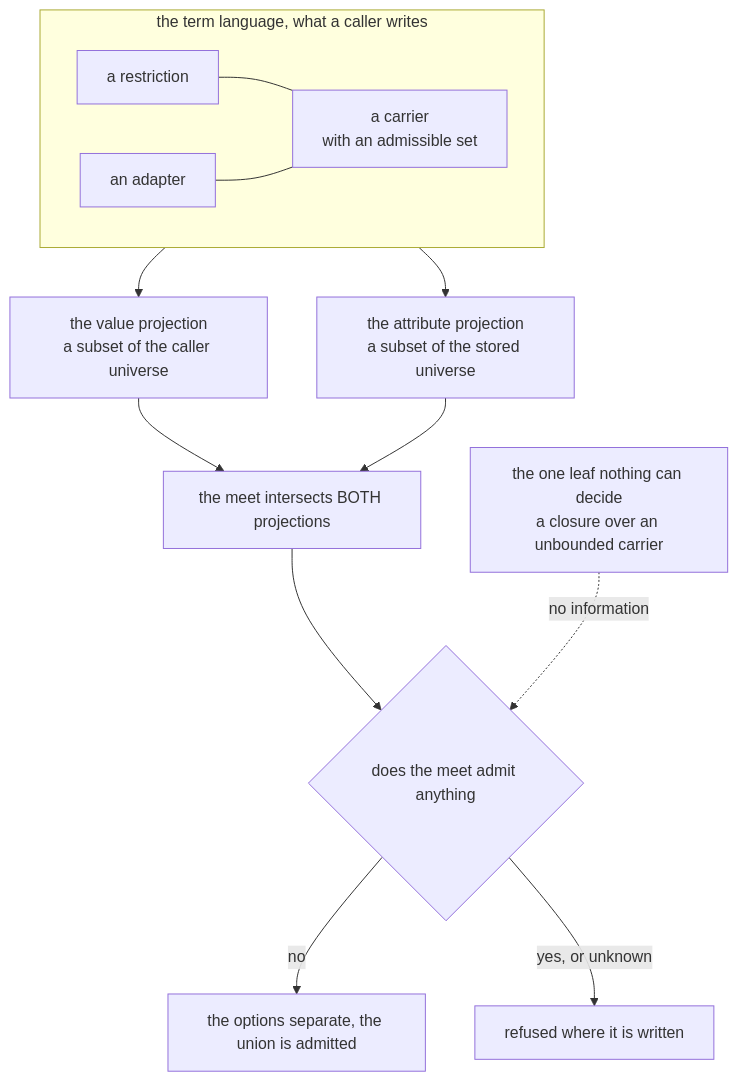
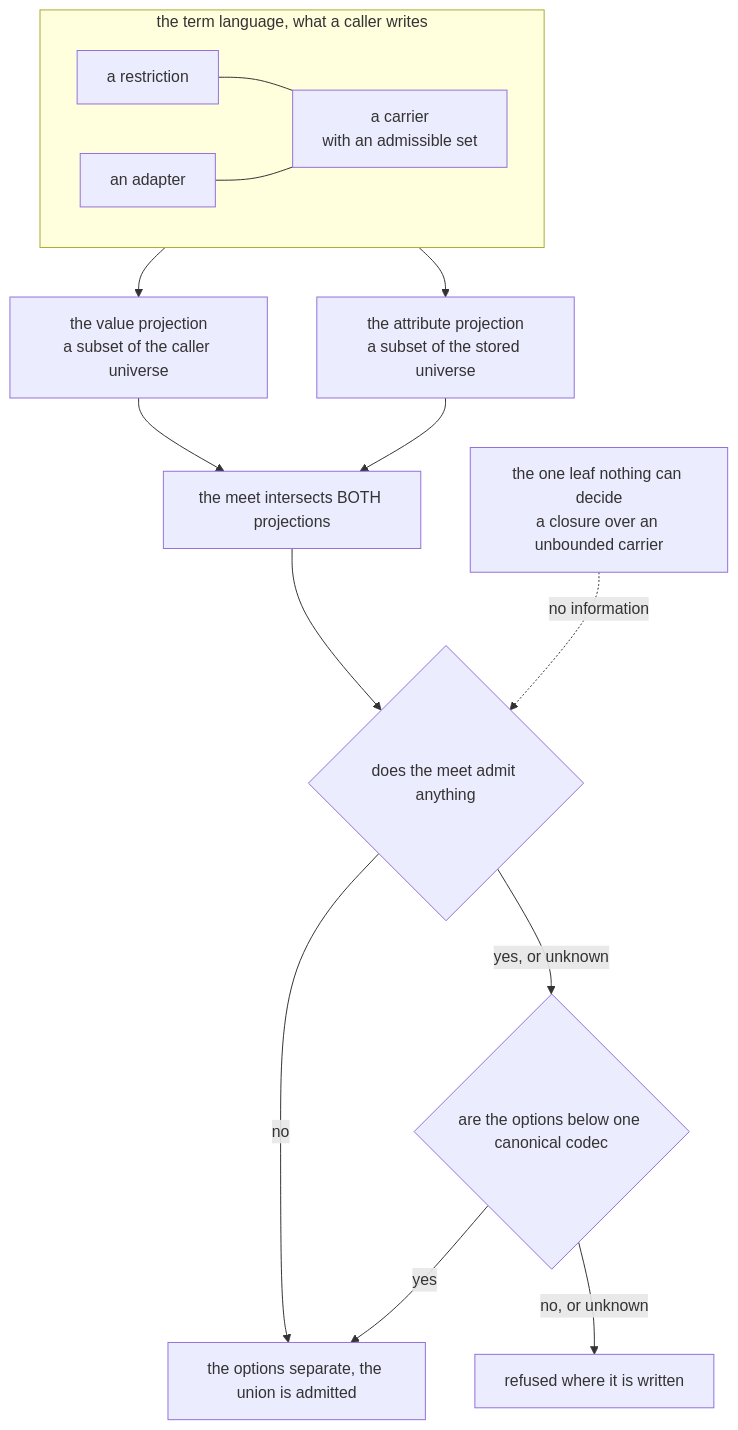
One commit to josher8a/rotorise changed the first of 3 diagrams in docs/architecture-v2.md. Above: the diagram before and after it, drawn with Mermaid. The commit also changed other lines of this file and 11 other files, not shown here.

````diff
--- a/docs/architecture-v2.md
+++ b/docs/architecture-v2.md
@@ -47,19 +47,21 @@
 ```mermaid
 flowchart TB
   subgraph LANG["the term language, what a caller writes"]
     direction LR
     CAR["a carrier<br/>with an admissible set"]
     RES["a restriction"]
     ADA["an adapter"]
     RES --- CAR
     ADA --- CAR
   end
   LANG --> P1["the value projection<br/>a subset of the caller universe"]
   LANG --> P2["the attribute projection<br/>a subset of the stored universe"]
   P1 --> MEET["the meet intersects BOTH projections"]
   P2 --> MEET
   MEET --> Q{"does the meet admit anything"}
   LEAF["the one leaf nothing can decide<br/>a closure over an unbounded carrier"] -. "no information" .-> Q
   Q -- "no" --> YES["the options separate, the union is admitted"]
-  Q -- "yes, or unknown" --> NO["refused where it is written"]
+  Q -- "yes, or unknown" --> C{"are the options below one canonical codec"}
+  C -- "yes" --> YES
+  C -- "no, or unknown" --> NO["refused where it is written"]
 ```
````
